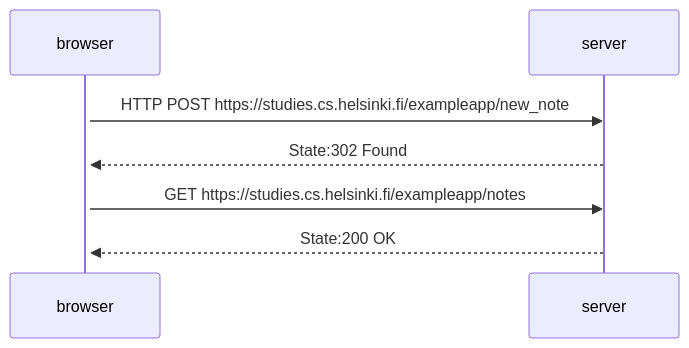
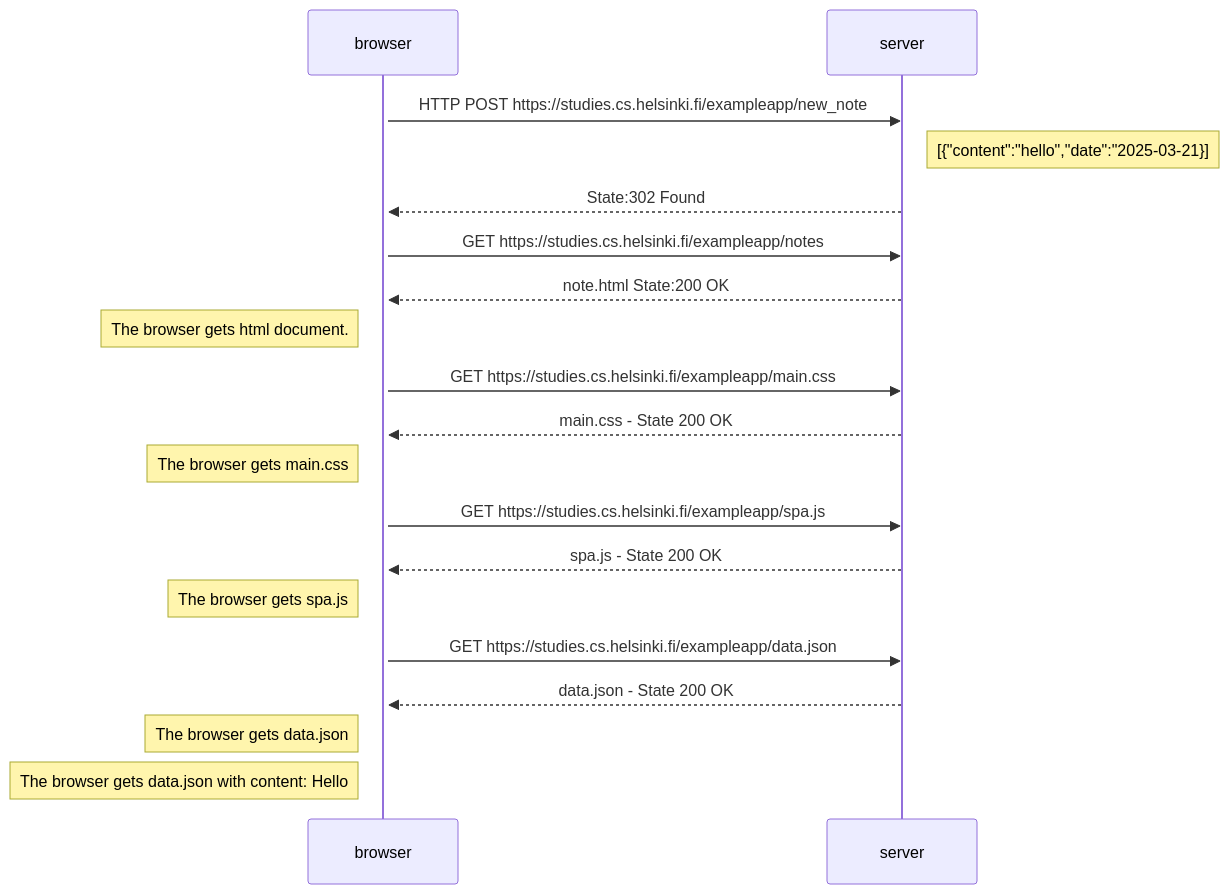
The diagram in 0.4: New note diagram.md (GeanVillamar/Part0), drawn with Mermaid before and after one commit.

Commit message:
Update 0.4: New note diagram.md

````diff
--- a/0.4: New note diagram.md
+++ b/0.4: New note diagram.md
@@ -1,10 +1,22 @@
 ```mermaid
 sequenceDiagram
     participant browser
     participant server
     activate browser
     browser->>server: HTTP POST https://studies.cs.helsinki.fi/exampleapp/new_note
+    Note right of server: [{"content":"hello","date":"2025-03-21}]
     server-->>browser: State:302 Found
     browser->>server: GET https://studies.cs.helsinki.fi/exampleapp/notes
-    server-->>browser: State:200 OK
+    server-->>browser: note.html State:200 OK
+    Note left of browser: The browser gets html document.
+    browser->>server: GET https://studies.cs.helsinki.fi/exampleapp/main.css
+    server-->>browser: main.css - State 200 OK
+    Note left of browser: The browser gets main.css
+    browser->>server: GET https://studies.cs.helsinki.fi/exampleapp/spa.js
+    server-->>browser: spa.js - State 200 OK
+    Note left of browser: The browser gets spa.js
+    browser->>server: GET https://studies.cs.helsinki.fi/exampleapp/data.json
+    server-->>browser: data.json - State 200 OK
+    Note left of browser: The browser gets data.json
+    Note left of browser: The browser gets data.json with content: Hello
 ```
````
